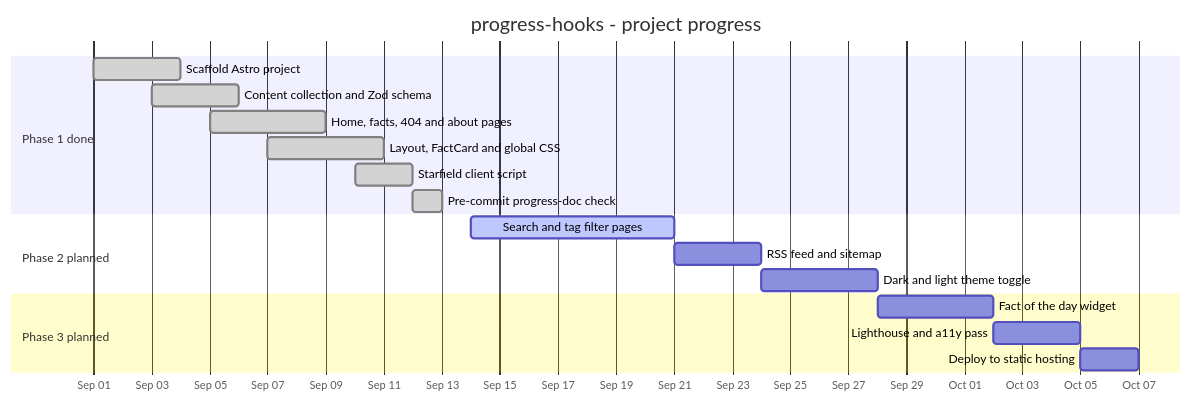
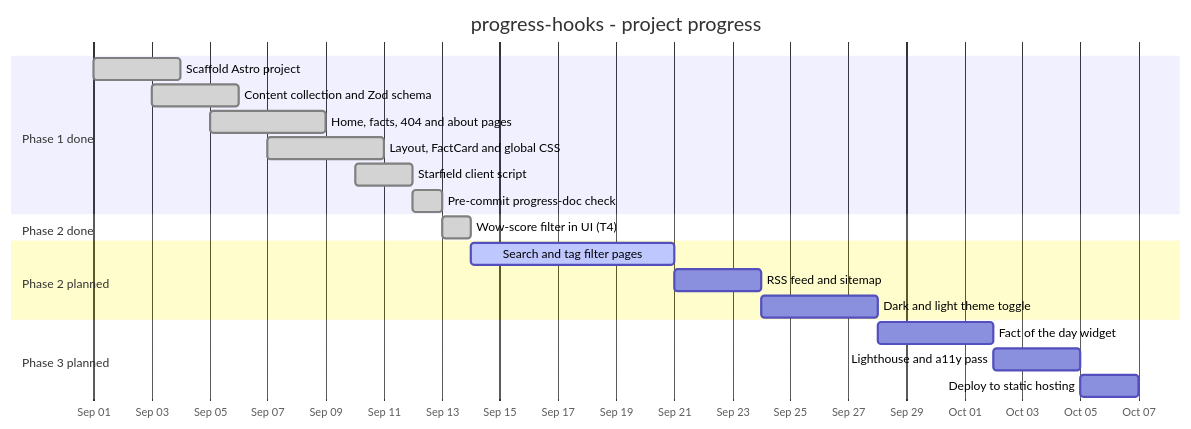
Before and after one commit to ehsankorhani/progress-hooks: the first of 2 diagrams in doc/progress-indicator.md, drawn with Mermaid. The commit also changed other lines of this file and 3 other files, not shown here.

First line of the commit message:
Add wow-score sorting to the facts list (T4)

````diff
--- a/doc/progress-indicator.md
+++ b/doc/progress-indicator.md
@@ -38,24 +45,27 @@
 ```mermaid
 gantt
     title progress-hooks - project progress
     dateFormat YYYY-MM-DD
     axisFormat %b %d
 
     section Phase 1 done
     Scaffold Astro project              :done, scaffold, 2026-09-01, 2026-09-04
     Content collection and Zod schema   :done, schema, 2026-09-03, 2026-09-06
     Home, facts, 404 and about pages    :done, pages, 2026-09-05, 2026-09-09
     Layout, FactCard and global CSS     :done, ui, 2026-09-07, 2026-09-11
     Starfield client script             :done, stars, 2026-09-10, 2026-09-12
     Pre-commit progress-doc check       :done, hookcheck, 2026-09-12, 2026-09-13
 
+    section Phase 2 done
+    Wow-score filter in UI (T4)         :done, wow, 2026-09-13, 1d
+
     section Phase 2 planned
     Search and tag filter pages         :active, search, 2026-09-14, 7d
     RSS feed and sitemap                :rss, after search, 3d
     Dark and light theme toggle         :theme, after rss, 4d
 
     section Phase 3 planned
     Fact of the day widget              :widget, after theme, 4d
     Lighthouse and a11y pass            :audit, after widget, 3d
     Deploy to static hosting            :deploy, after audit, 2d
 ```
````
